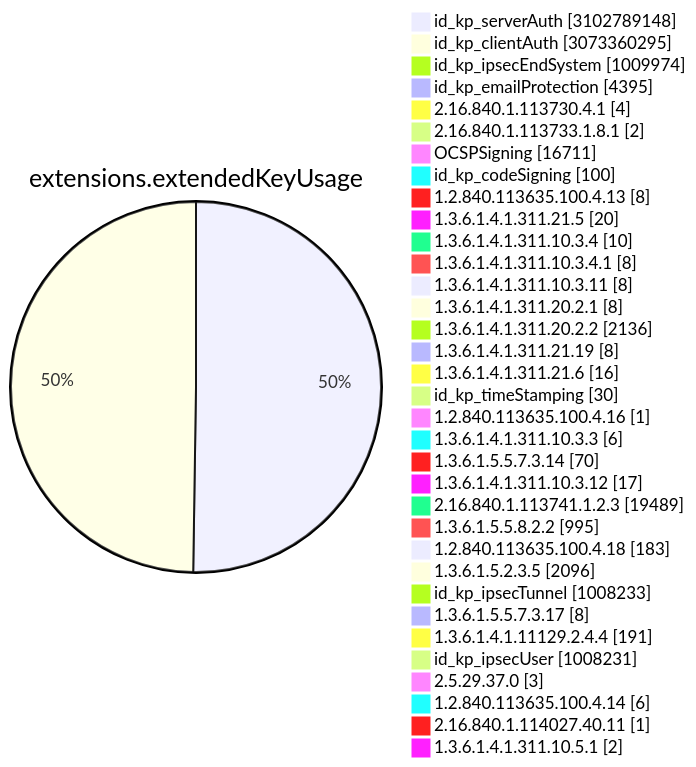
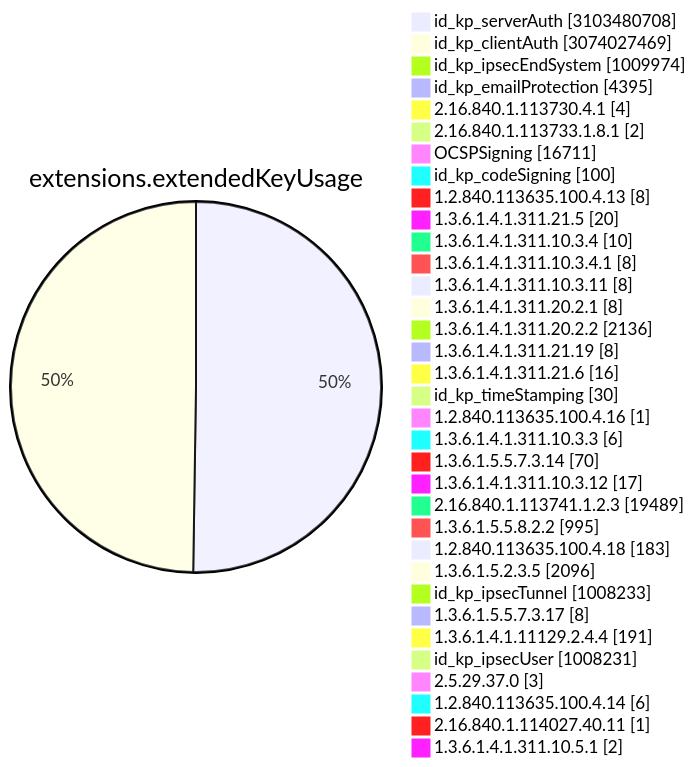
Diagram 11 of 15 in TOTAL/README.md (christiankrug/ctmonitor_visualization), drawn with Mermaid before and after one commit. The commit also changed other lines of this file, not shown here.

````diff
--- a/TOTAL/README.md
+++ b/TOTAL/README.md
@@ -4119,38 +4119,38 @@
 ```mermaid
 pie showData
 title extensions.extendedKeyUsage
-"id_kp_serverAuth" :3102789148
-"id_kp_clientAuth" :3073360295
+"id_kp_serverAuth" :3103480708
+"id_kp_clientAuth" :3074027469
 "id_kp_ipsecEndSystem" :1009974
 "id_kp_emailProtection" :4395
 "2.16.840.1.113730.4.1" :4
 "2.16.840.1.113733.1.8.1" :2
 "OCSPSigning" :16711
 "id_kp_codeSigning" :100
 "1.2.840.113635.100.4.13" :8
 "1.3.6.1.4.1.311.21.5" :20
 "1.3.6.1.4.1.311.10.3.4" :10
 "1.3.6.1.4.1.311.10.3.4.1" :8
 "1.3.6.1.4.1.311.10.3.11" :8
 "1.3.6.1.4.1.311.20.2.1" :8
 "1.3.6.1.4.1.311.20.2.2" :2136
 "1.3.6.1.4.1.311.21.19" :8
 "1.3.6.1.4.1.311.21.6" :16
 "id_kp_timeStamping" :30
 "1.2.840.113635.100.4.16" :1
 "1.3.6.1.4.1.311.10.3.3" :6
 "1.3.6.1.5.5.7.3.14" :70
 "1.3.6.1.4.1.311.10.3.12" :17
 "2.16.840.1.113741.1.2.3" :19489
 "1.3.6.1.5.5.8.2.2" :995
 "1.2.840.113635.100.4.18" :183
 "1.3.6.1.5.2.3.5" :2096
 "id_kp_ipsecTunnel" :1008233
 "1.3.6.1.5.5.7.3.17" :8
 "1.3.6.1.4.1.11129.2.4.4" :191
 "id_kp_ipsecUser" :1008231
 "2.5.29.37.0" :3
 "1.2.840.113635.100.4.14" :6
 "2.16.840.1.114027.40.11" :1
 "1.3.6.1.4.1.311.10.5.1" :2
 ```
````
